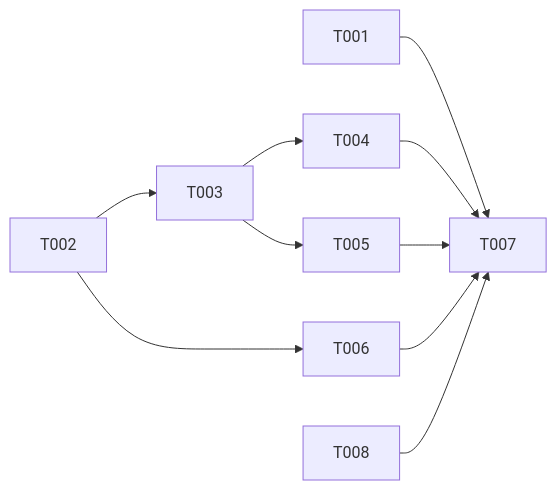
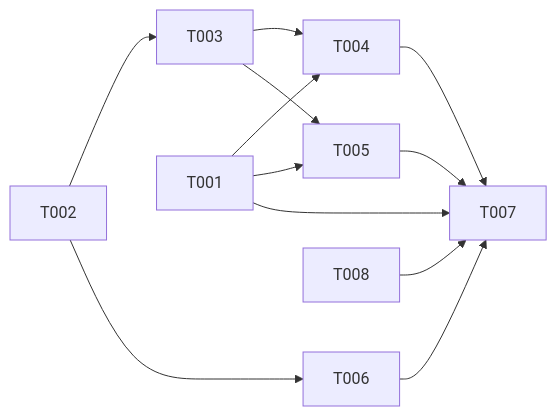
Before and after one commit to rbonillajr/gitRaptor: the third of 3 diagrams in docs/requirements/features/guardrails/dev-specs/US-GRD-017-sin-snapshot-no-se-ejecuta.md, drawn with Mermaid. The commit also changed other lines of this file and 1 other file, not shown here.

````diff
--- a/docs/requirements/features/guardrails/dev-specs/US-GRD-017-sin-snapshot-no-se-ejecuta.md
+++ b/docs/requirements/features/guardrails/dev-specs/US-GRD-017-sin-snapshot-no-se-ejecuta.md
@@ -218,12 +218,14 @@
 ```mermaid
 graph LR
     T002 --> T003
     T003 --> T004
     T003 --> T005
+    T001 --> T004
+    T001 --> T005
     T002 --> T006
     T001 --> T007
     T004 --> T007
     T005 --> T007
     T006 --> T007
     T008 --> T007
 ```
````
